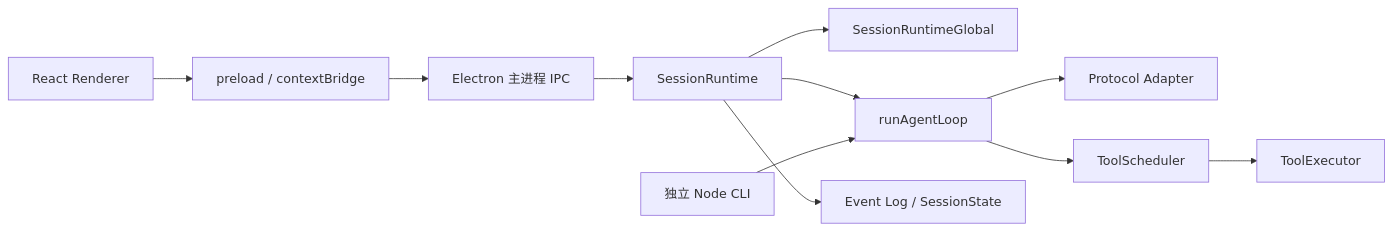
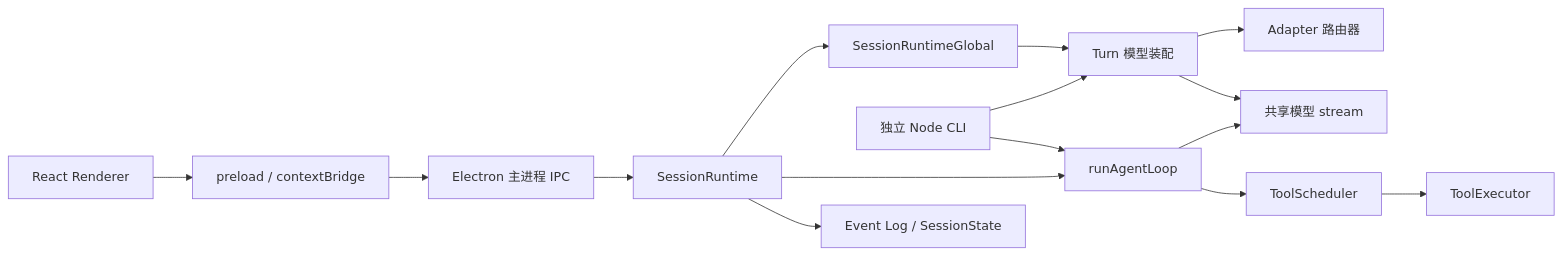
Before and after one commit to hunterhahaha/Minou: the first of 3 diagrams in docs/architecture.md, drawn with Mermaid. The commit also changed other lines of this file and 27 other files, not shown here.

````diff
--- a/docs/architecture.md
+++ b/docs/architecture.md
@@ -7,13 +7,17 @@
 ```mermaid
 flowchart LR
   UI[React Renderer] --> Bridge[preload / contextBridge]
   Bridge --> IPC[Electron 主进程 IPC]
   IPC --> Session[SessionRuntime]
   Session --> Global[SessionRuntimeGlobal]
+  Global --> TurnModel[Turn 模型装配]
+  CLI[独立 Node CLI] --> TurnModel
+  TurnModel --> Router[Adapter 路由器]
+  TurnModel --> ModelStream[共享模型 stream]
   Session --> Loop[runAgentLoop]
-  CLI[独立 Node CLI] --> Loop
-  Loop --> Adapter[Protocol Adapter]
+  CLI --> Loop
+  Loop --> ModelStream
   Loop --> Scheduler[ToolScheduler]
   Scheduler --> Executor[ToolExecutor]
   Session --> Store[Event Log / SessionState]
 ```
````
